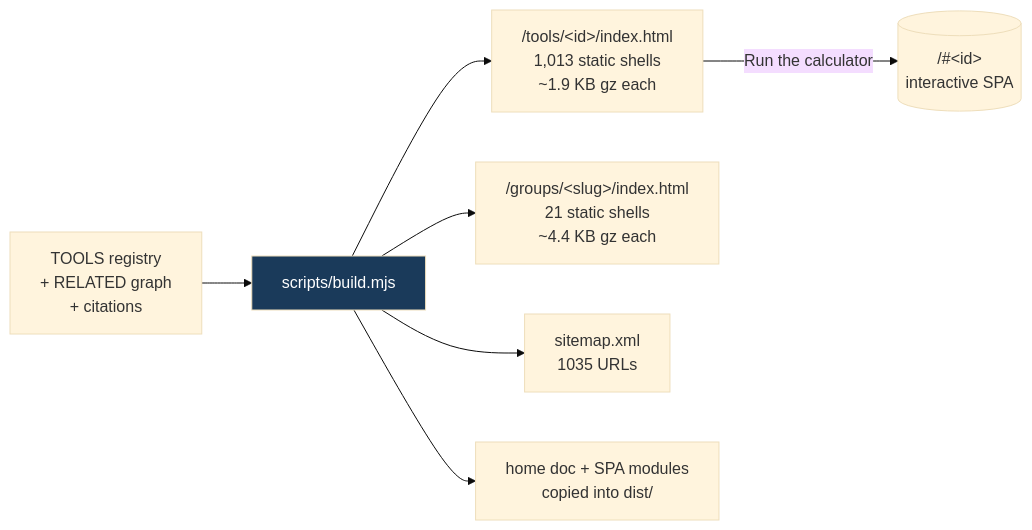
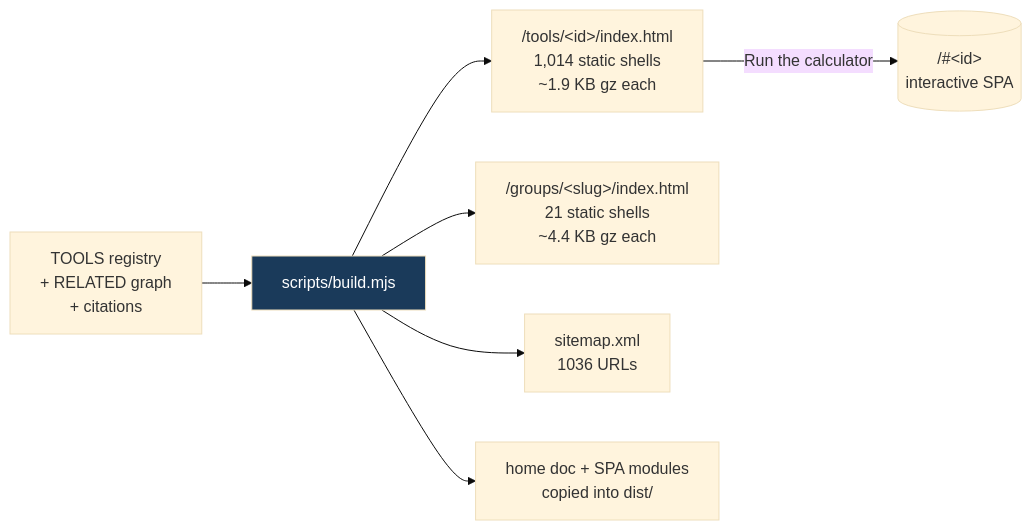
The fifth of 8 diagrams in README.md (clay-good/roughlogic.com), drawn with Mermaid (base theme) before and after one commit. The commit also changed other lines of this file and 12 other files, not shown here.

````diff
--- a/README.md
+++ b/README.md
@@ -495,10 +495,10 @@
 ```mermaid
 flowchart LR
     SRC[TOOLS registry\n+ RELATED graph\n+ citations] --> BUILD[scripts/build.mjs]
-    BUILD --> TILE["/tools/&lt;id&gt;/index.html\n1,013 static shells\n~1.9 KB gz each"]
+    BUILD --> TILE["/tools/&lt;id&gt;/index.html\n1,014 static shells\n~1.9 KB gz each"]
     BUILD --> GROUP["/groups/&lt;slug&gt;/index.html\n21 static shells\n~4.4 KB gz each"]
-    BUILD --> MAP["sitemap.xml\n1035 URLs"]
+    BUILD --> MAP["sitemap.xml\n1036 URLs"]
     BUILD --> COPY[home doc + SPA modules\ncopied into dist/]
     TILE -->|Run the calculator| SPA[("/#&lt;id&gt;\ninteractive SPA")]
     style BUILD fill:#1a3a5a,color:#fff
 ```
````
